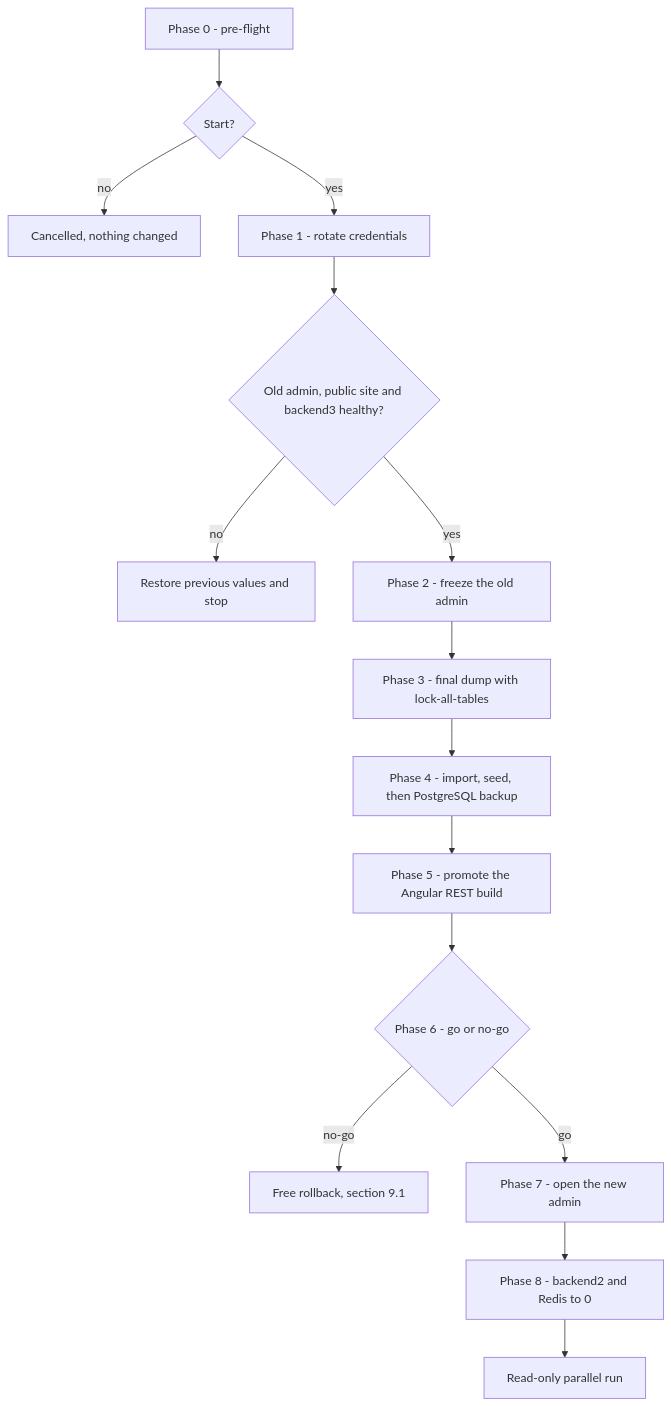
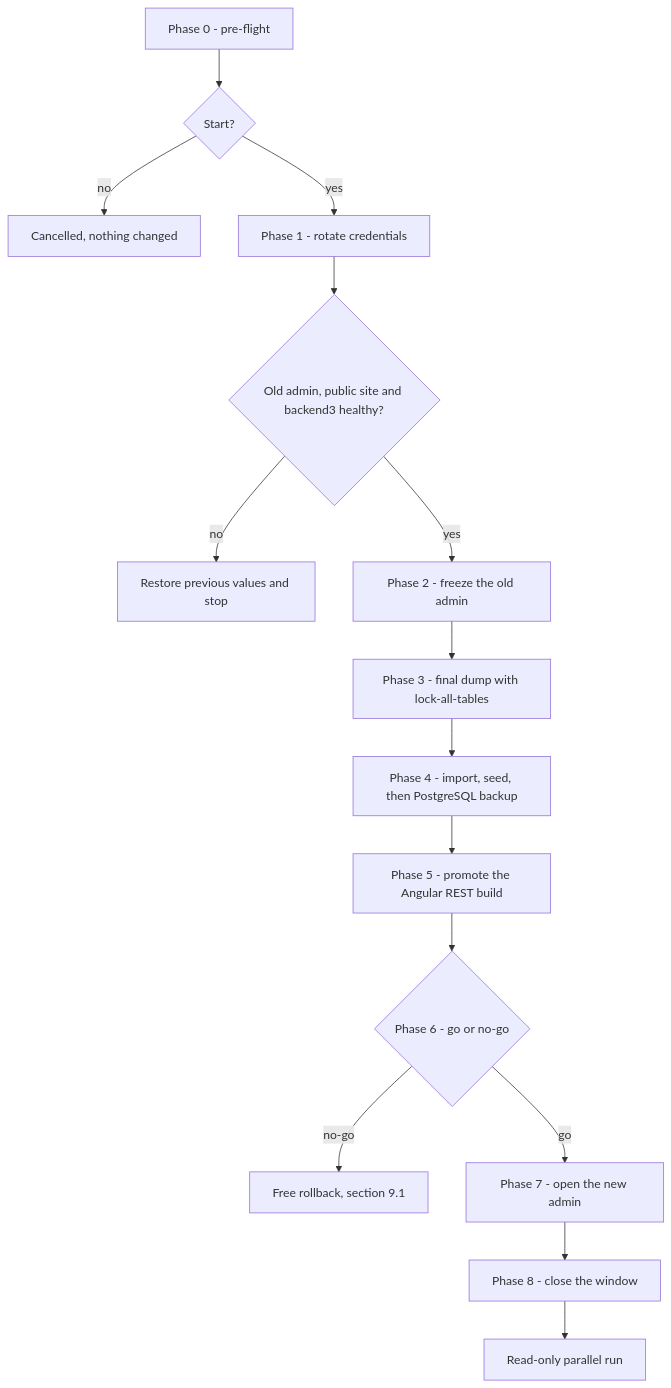
One commit to Verseghy/website_backend3 changed the second of 2 diagrams in docs/design/cutover.md. Above: the diagram before and after it, drawn with Mermaid. The commit also changed other lines of this file and 9 other files, not shown here.

````diff
--- a/docs/design/cutover.md
+++ b/docs/design/cutover.md
@@ -155,17 +153,17 @@
 ```mermaid
 flowchart TD
     PF["Phase 0 - pre-flight"] --> S{"Start?"}
     S -->|no| C["Cancelled, nothing changed"]
     S -->|yes| R["Phase 1 - rotate credentials"]
     R --> RC{"Old admin, public site and backend3 healthy?"}
     RC -->|no| RS["Restore previous values and stop"]
     RC -->|yes| F["Phase 2 - freeze the old admin"]
     F --> D["Phase 3 - final dump with lock-all-tables"]
     D --> I["Phase 4 - import, seed, then PostgreSQL backup"]
     I --> U["Phase 5 - promote the Angular REST build"]
     U --> G{"Phase 6 - go or no-go"}
     G -->|no-go| RB["Free rollback, section 9.1"]
     G -->|go| A["Phase 7 - open the new admin"]
-    A --> B["Phase 8 - backend2 and Redis to 0"]
-    B --> PR["Read-only parallel run"]
+    A --> CL["Phase 8 - close the window"]
+    CL --> PR["Read-only parallel run"]
 ```
````
